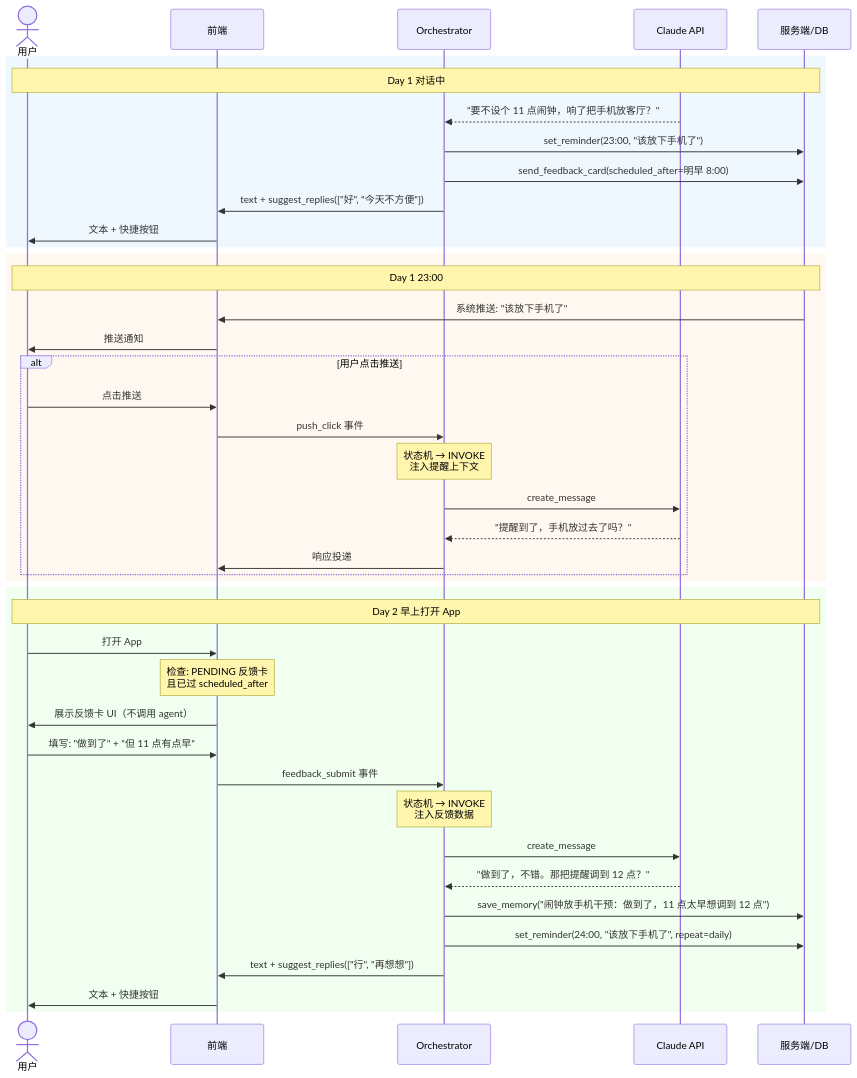
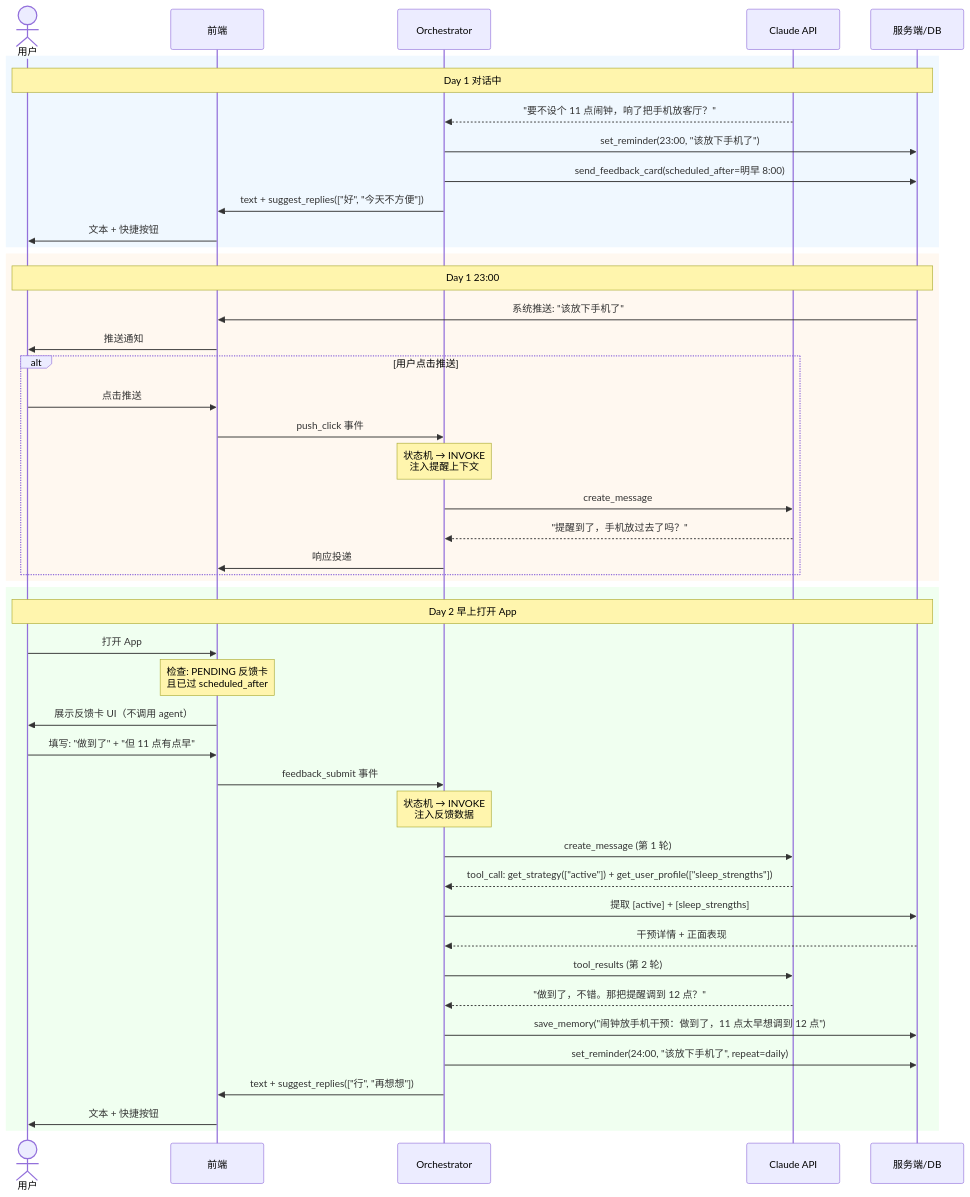
Before and after one commit to Trendolhxh/test: the fourth of 4 diagrams in isho-agent/08-orchestration.md, drawn with Mermaid. The commit also changed other lines of this file, not shown here.

````diff
--- a/isho-agent/08-orchestration.md
+++ b/isho-agent/08-orchestration.md
@@ -334,50 +354,55 @@
 ```mermaid
 sequenceDiagram
     actor 用户
     participant 前端
     participant Orch as Orchestrator
     participant Claude as Claude API
     participant DB as 服务端/DB
 
     rect rgb(240, 248, 255)
         Note over 用户, DB: Day 1 对话中
         Claude-->>Orch: "要不设个 11 点闹钟，响了把手机放客厅？"
         Orch->>DB: set_reminder(23:00, "该放下手机了")
         Orch->>DB: send_feedback_card(scheduled_after=明早 8:00)
         Orch->>前端: text + suggest_replies(["好", "今天不方便"])
         前端->>用户: 文本 + 快捷按钮
     end
 
     rect rgb(255, 248, 240)
         Note over 用户, DB: Day 1 23:00
         DB->>前端: 系统推送: "该放下手机了"
         前端->>用户: 推送通知
 
         alt 用户点击推送
             用户->>前端: 点击推送
             前端->>Orch: push_click 事件
             Note over Orch: 状态机 → INVOKE<br/>注入提醒上下文
             Orch->>Claude: create_message
             Claude-->>Orch: "提醒到了，手机放过去了吗？"
             Orch->>前端: 响应投递
         end
     end
 
     rect rgb(240, 255, 240)
         Note over 用户, DB: Day 2 早上打开 App
         用户->>前端: 打开 App
         Note over 前端: 检查: PENDING 反馈卡<br/>且已过 scheduled_after
         前端->>用户: 展示反馈卡 UI（不调用 agent）
 
         用户->>前端: 填写: "做到了" + "但 11 点有点早"
         前端->>Orch: feedback_submit 事件
         Note over Orch: 状态机 → INVOKE<br/>注入反馈数据
 
-        Orch->>Claude: create_message
+        Orch->>Claude: create_message (第 1 轮)
+        Claude-->>Orch: tool_call: get_strategy(["active"]) + get_user_profile(["sleep_strengths"])
+        Orch->>DB: 提取 [active] + [sleep_strengths]
+        DB-->>Orch: 干预详情 + 正面表现
+
+        Orch->>Claude: tool_results (第 2 轮)
         Claude-->>Orch: "做到了，不错。那把提醒调到 12 点？"
         Orch->>DB: save_memory("闹钟放手机干预：做到了，11 点太早想调到 12 点")
         Orch->>DB: set_reminder(24:00, "该放下手机了", repeat=daily)
         Orch->>前端: text + suggest_replies(["行", "再想想"])
         前端->>用户: 文本 + 快捷按钮
     end
 ```
````
